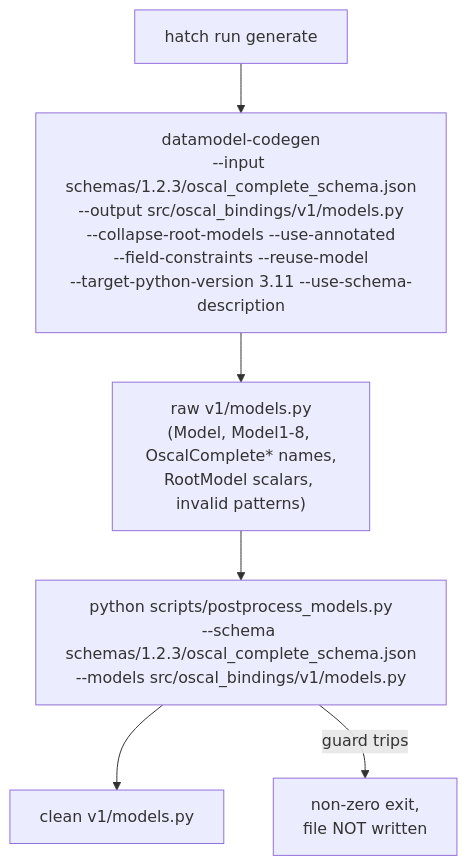
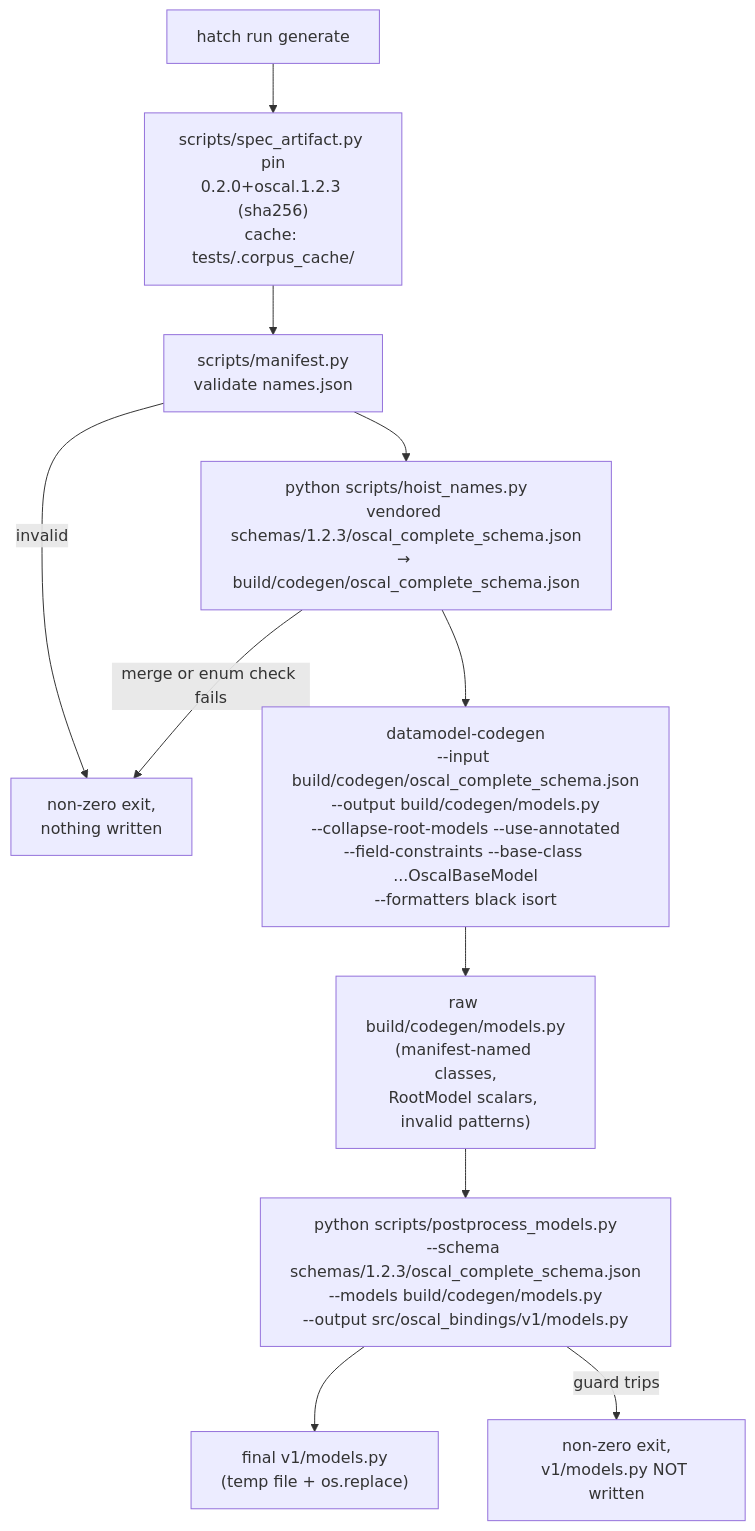
The first of 7 diagrams in .agents/summary/workflows.md (cairn-proofs/oscal-bindings-python), drawn with Mermaid before and after one commit. The commit also changed other lines of this file and 51 other files, not shown here.

First line of the commit message:
Generate the models from names.json of the spec artifact (#22)

````diff
--- a/.agents/summary/workflows.md
+++ b/.agents/summary/workflows.md
@@ -7,8 +8,13 @@
 ```mermaid
 flowchart TD
-    A["hatch run generate"] --> B["datamodel-codegen<br/>--input schemas/1.2.3/oscal_complete_schema.json<br/>--output src/oscal_bindings/v1/models.py<br/>--collapse-root-models --use-annotated<br/>--field-constraints --reuse-model<br/>--target-python-version 3.11 --use-schema-description"]
-    B --> C["raw v1/models.py<br/>(Model, Model1-8, OscalComplete* names,<br/>RootModel scalars, invalid patterns)"]
-    C --> D["python scripts/postprocess_models.py<br/>--schema schemas/1.2.3/oscal_complete_schema.json<br/>--models src/oscal_bindings/v1/models.py"]
-    D --> E["clean v1/models.py"]
-    D -->|"guard trips"| F["non-zero exit,<br/>file NOT written"]
+    A["hatch run generate"] --> P["scripts/spec_artifact.py pin<br/>0.2.0+oscal.1.2.3 (sha256)<br/>cache: tests/.corpus_cache/"]
+    P --> M["scripts/manifest.py<br/>validate names.json"]
+    M -->|"invalid"| X["non-zero exit,<br/>nothing written"]
+    M --> H["python scripts/hoist_names.py<br/>vendored schemas/1.2.3/oscal_complete_schema.json<br/>→ build/codegen/oscal_complete_schema.json"]
+    H -->|"merge or enum check fails"| X
+    H --> B["datamodel-codegen<br/>--input build/codegen/oscal_complete_schema.json<br/>--output build/codegen/models.py<br/>--collapse-root-models --use-annotated<br/>--field-constraints --base-class ...OscalBaseModel<br/>--formatters black isort"]
+    B --> C["raw build/codegen/models.py<br/>(manifest-named classes,<br/>RootModel scalars, invalid patterns)"]
+    C --> D["python scripts/postprocess_models.py<br/>--schema schemas/1.2.3/oscal_complete_schema.json<br/>--models build/codegen/models.py<br/>--output src/oscal_bindings/v1/models.py"]
+    D --> E["final v1/models.py<br/>(temp file + os.replace)"]
+    D -->|"guard trips"| F["non-zero exit,<br/>v1/models.py NOT written"]
 ```
````
